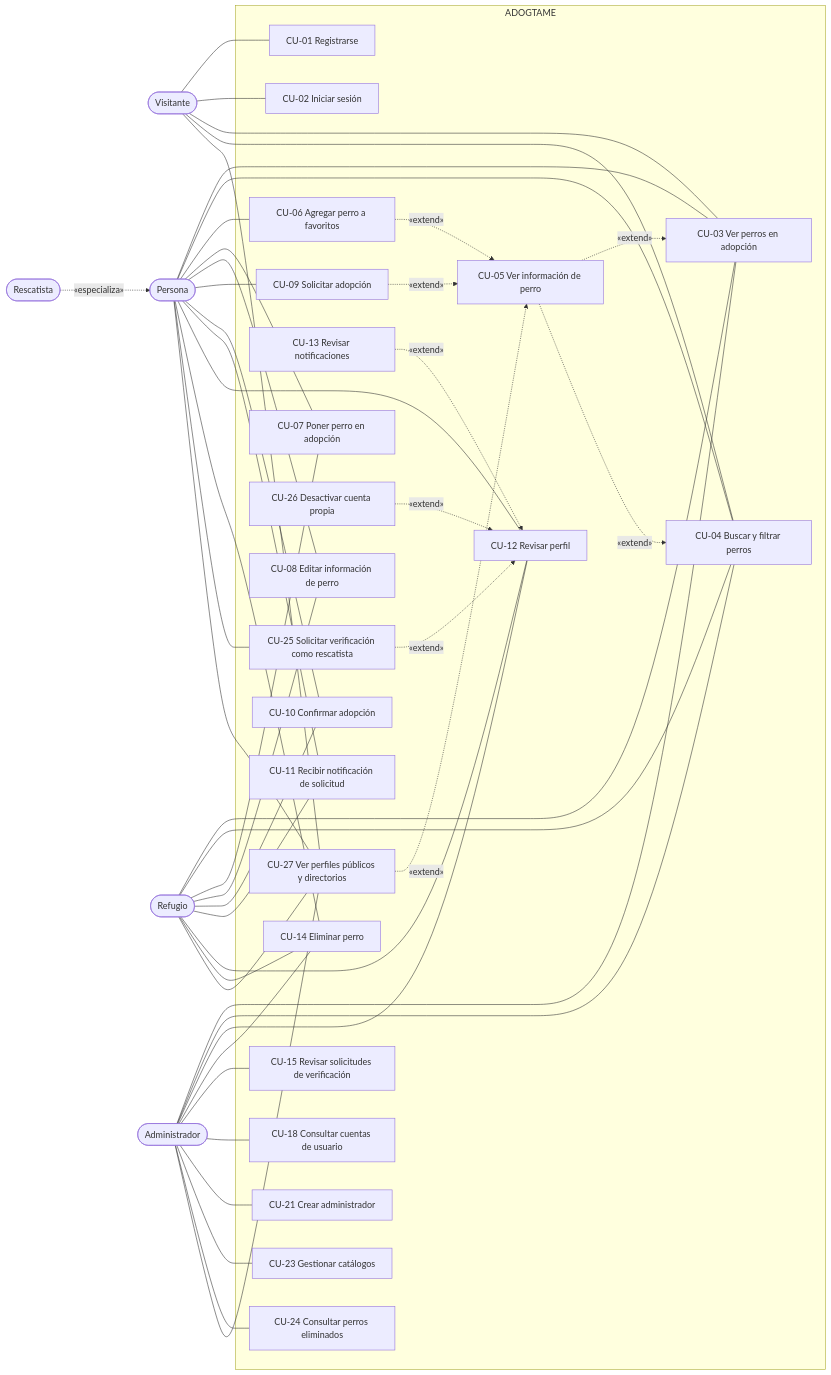
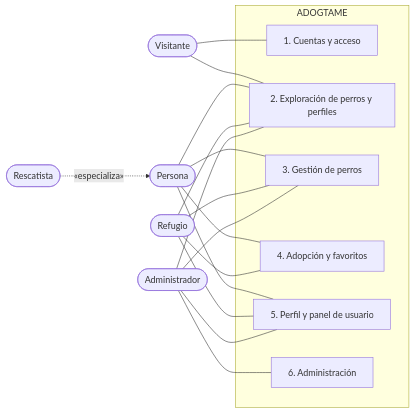
Before and after one commit to Magdala-Commitee-Corporation/adogtame-docs: the second of 4 diagrams in Adogtame_Analisis_Final.md, drawn with Mermaid. The commit also changed other lines of this file and 3 other files, not shown here.

Commit message:
docs: add use_case diagram & doc updates

````diff
--- a/Adogtame_Analisis_Final.md
+++ b/Adogtame_Analisis_Final.md
@@ -270,49 +274,23 @@
 ```mermaid
 flowchart LR
     V([Visitante])
     P([Persona])
     R([Rescatista])
     F([Refugio])
     A([Administrador])
 
     subgraph SYS [ADOGTAME]
-        CU01[CU-01 Registrarse]
-        CU02[CU-02 Iniciar sesión]
-        CU03[CU-03 Ver perros en adopción]
-        CU04[CU-04 Buscar y filtrar perros]
-        CU05[CU-05 Ver información de perro]
-        CU06[CU-06 Agregar perro a favoritos]
-        CU07[CU-07 Poner perro en adopción]
-        CU08[CU-08 Editar información de perro]
-        CU09[CU-09 Solicitar adopción]
-        CU10[CU-10 Confirmar adopción]
-        CU11[CU-11 Recibir notificación de solicitud]
-        CU12[CU-12 Revisar perfil]
-        CU13[CU-13 Revisar notificaciones]
-        CU14[CU-14 Eliminar perro]
-        CU25[CU-25 Solicitar verificación como rescatista]
-        CU26[CU-26 Desactivar cuenta propia]
-        CU27[CU-27 Ver perfiles públicos y directorios]
-        CU15[CU-15 Revisar solicitudes de verificación]
-        CU18[CU-18 Consultar cuentas de usuario]
-        CU21[CU-21 Crear administrador]
-        CU23[CU-23 Gestionar catálogos]
-        CU24[CU-24 Consultar perros eliminados]
+        M1[1. Cuentas y acceso]
+        M2[2. Exploración de perros y perfiles]
+        M3[3. Gestión de perros]
+        M4[4. Adopción y favoritos]
+        M5[5. Perfil y panel de usuario]
+        M6[6. Administración]
     end
 
     R -. «especializa» .-> P
-
-    V --- CU01 & CU02 & CU03 & CU04 & CU27
-    P --- CU03 & CU04 & CU06 & CU07 & CU08 & CU09 & CU10 & CU11 & CU12 & CU14 & CU25 & CU27
-    F --- CU03 & CU04 & CU07 & CU08 & CU10 & CU11 & CU12 & CU14 & CU27
-    A --- CU03 & CU04 & CU12 & CU14 & CU15 & CU18 & CU21 & CU23 & CU24 & CU27
-
-    CU05 -. «extend» .-> CU03
-    CU05 -. «extend» .-> CU04
-    CU06 -. «extend» .-> CU05
-    CU09 -. «extend» .-> CU05
-    CU13 -. «extend» .-> CU12
-    CU25 -. «extend» .-> CU12
-    CU26 -. «extend» .-> CU12
-    CU27 -. «extend» .-> CU05
+    V --- M1 & M2
+    P --- M2 & M3 & M4 & M5
+    F --- M2 & M3 & M4 & M5
+    A --- M2 & M3 & M5 & M6
 ```
````
